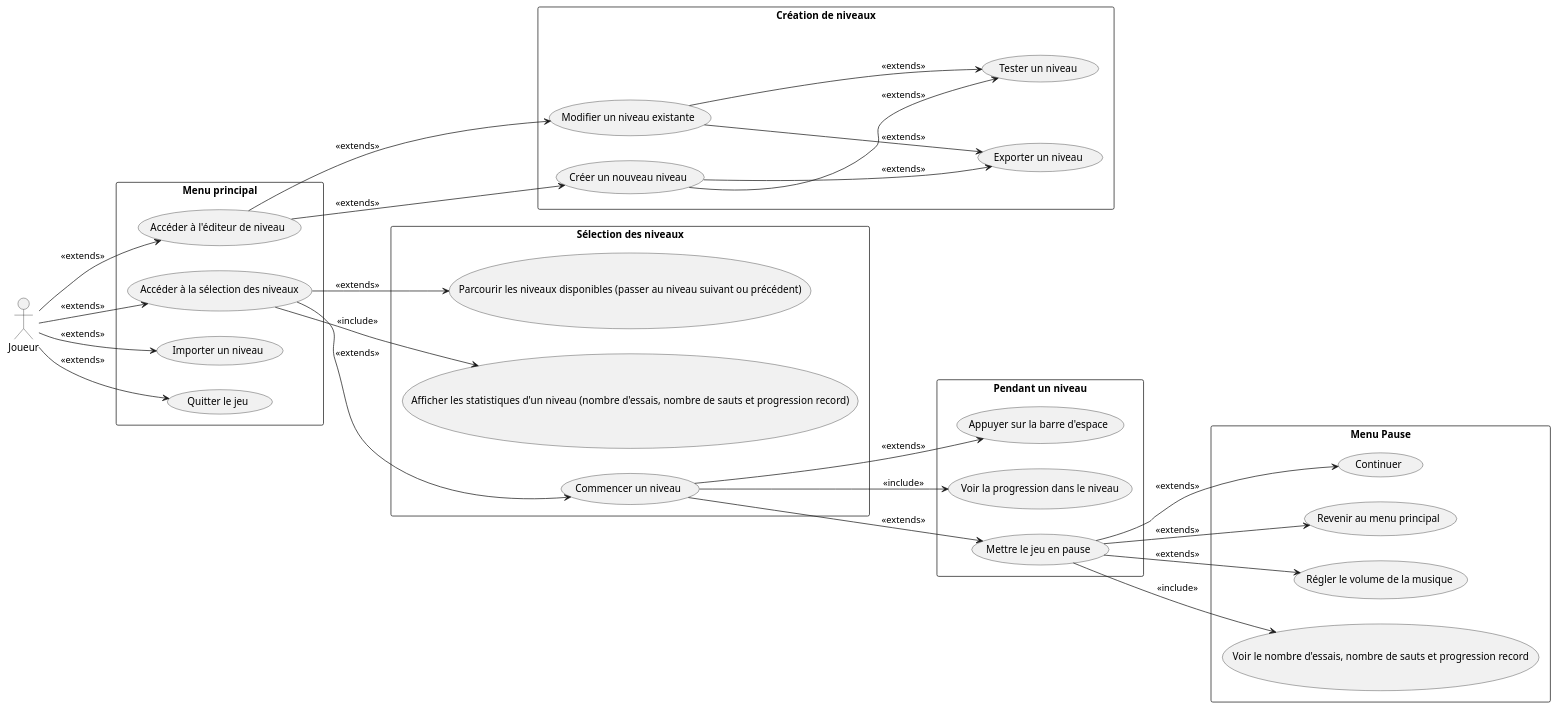
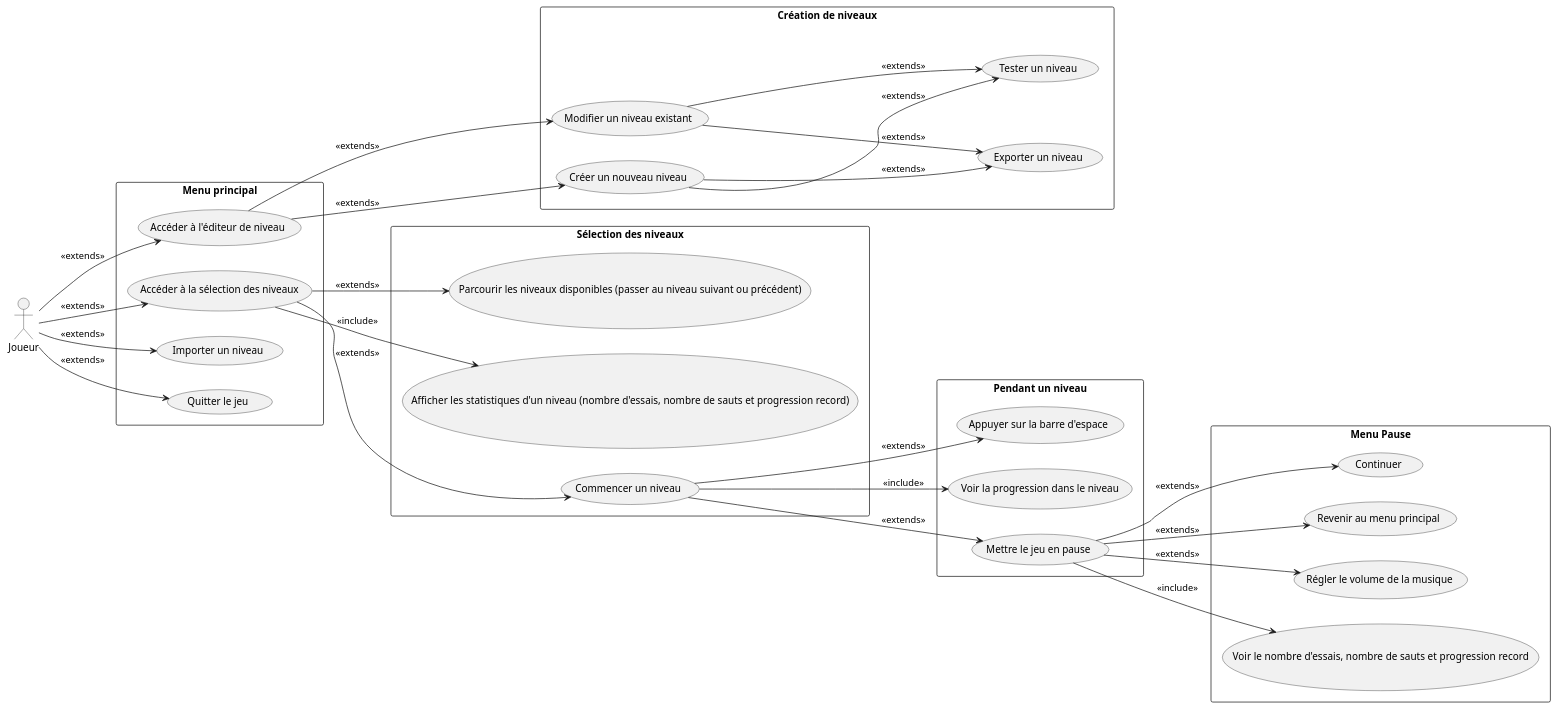
The diagram in Documentation/UML/use-case-diagram.puml (boudji-ludwig-pett/cnam-geometry-dash), drawn with PlantUML before and after one commit.

Commit message:
docs(uml): use case typo [skip ci]

```diff
--- a/Documentation/UML/use-case-diagram.puml
+++ b/Documentation/UML/use-case-diagram.puml
@@ -1,67 +1,67 @@
 @startuml Geometry Dash - Diagramme de cas d'utilisation
 
 left to right direction
 
 actor Joueur as Joueur
 
 rectangle "Menu principal" {
   usecase "Accéder à la sélection des niveaux" as SelectionNiveau
   usecase "Accéder à l'éditeur de niveau" as EditeurNiveau
   usecase "Importer un niveau" as ImporterNiveau
   usecase "Quitter le jeu" as QuitterJeu
 }
 
 rectangle "Sélection des niveaux" {
   usecase "Parcourir les niveaux disponibles (passer au niveau suivant ou précédent)" as ParcourirNiveaux
   usecase "Afficher les statistiques d'un niveau (nombre d'essais, nombre de sauts et progression record)" as AfficherDetailsNiveau
   usecase "Commencer un niveau" as CommencerNiveau
 }
 
 rectangle "Pendant un niveau" {
   usecase "Appuyer sur la barre d'espace" as Sauter
   usecase "Voir la progression dans le niveau" as VoirProgression
   usecase "Mettre le jeu en pause" as MettrePause
 }
 
 rectangle "Menu Pause" {
   usecase "Continuer" as Continuer
   usecase "Revenir au menu principal" as RevenirMenuPrincipal
   usecase "Régler le volume de la musique" as ReglerVolumeMusique
   usecase "Voir le nombre d'essais, nombre de sauts et progression record" as StatistiquesNiveau
 }
 
 rectangle "Création de niveaux" {
   usecase "Créer un nouveau niveau" as CreerNouveauNiveau
-  usecase "Modifier un niveau existante" as ModifierNiveau
+  usecase "Modifier un niveau existant" as ModifierNiveau
   usecase "Tester un niveau" as TesterNiveau
   usecase "Exporter un niveau" as ExporterNiveau
 }
 
 Joueur --> SelectionNiveau : <<extends>>
 Joueur --> EditeurNiveau : <<extends>>
 Joueur --> ImporterNiveau : <<extends>>
 Joueur --> QuitterJeu : <<extends>>
 
 SelectionNiveau --> AfficherDetailsNiveau : <<include>>
 SelectionNiveau --> ParcourirNiveaux : <<extends>>
 SelectionNiveau --> CommencerNiveau : <<extends>>
 
 CommencerNiveau --> Sauter : <<extends>>
 CommencerNiveau --> VoirProgression : <<include>>
 CommencerNiveau --> MettrePause : <<extends>>
 
 MettrePause --> Continuer : <<extends>>
 MettrePause --> RevenirMenuPrincipal : <<extends>>
 MettrePause --> ReglerVolumeMusique : <<extends>>
 MettrePause --> StatistiquesNiveau : <<include>>
 
 EditeurNiveau --> CreerNouveauNiveau : <<extends>>
 EditeurNiveau --> ModifierNiveau : <<extends>>
 
 CreerNouveauNiveau --> TesterNiveau  : <<extends>>
 ModifierNiveau --> TesterNiveau : <<extends>>
 
 CreerNouveauNiveau --> ExporterNiveau  : <<extends>>
 ModifierNiveau --> ExporterNiveau  : <<extends>>
 
 @enduml
```
